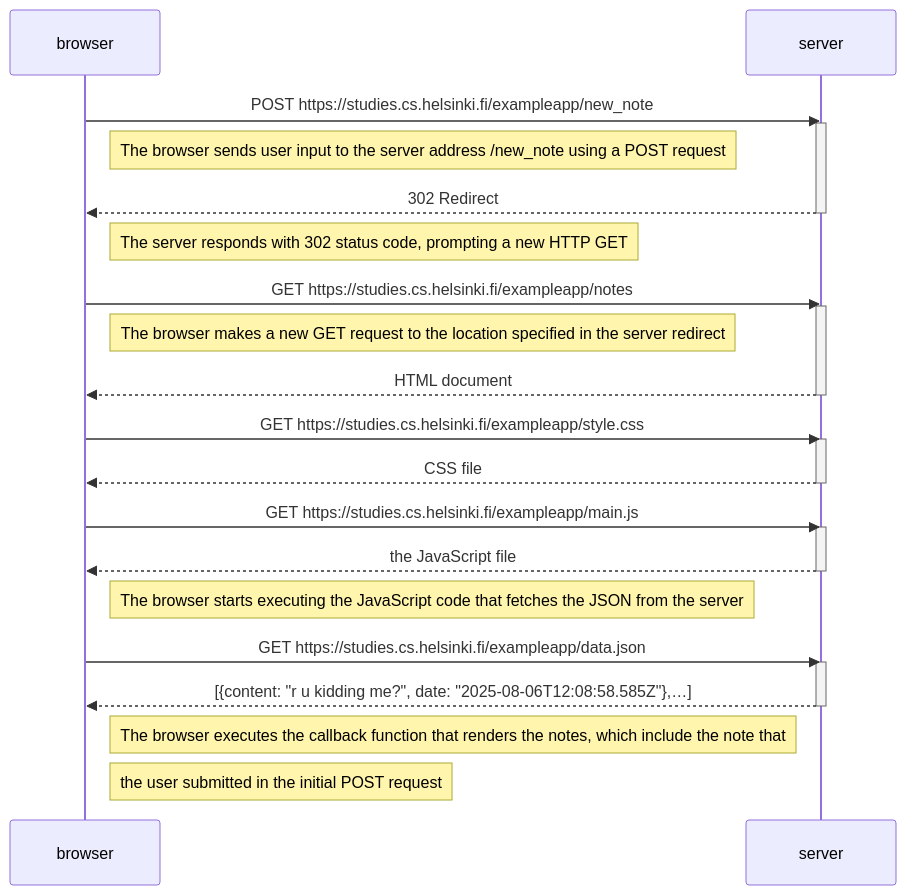
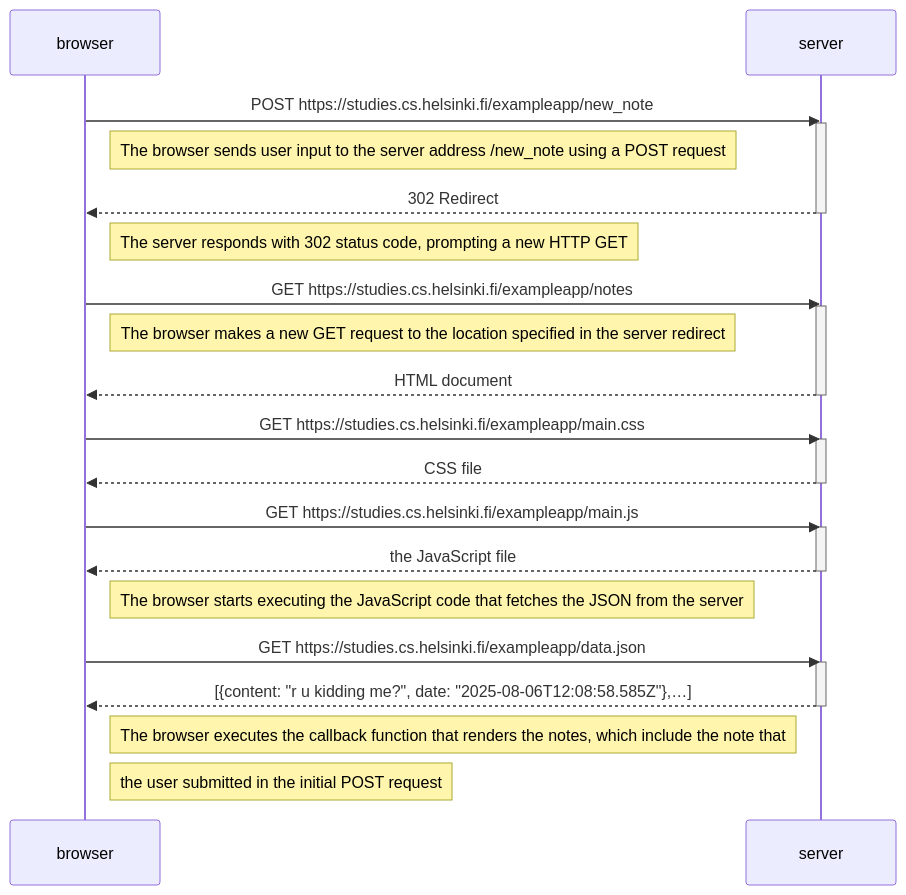
One commit to Dinokojt7/fullstackopen changed the diagram in part0/0.4:new-note-diagram/new-note-diagram.md. Above: the diagram before and after it, drawn with Mermaid.

Commit message:
Add missing CSS fetch and restructure the diagram

````diff
--- a/part0/0.4:new-note-diagram/new-note-diagram.md
+++ b/part0/0.4:new-note-diagram/new-note-diagram.md
@@ -1,43 +1,43 @@
 ```mermaid
   sequenceDiagram;
     participant browser
     participant server
 
     browser->>server: POST https://studies.cs.helsinki.fi/exampleapp/new_note
     activate server
 
     Note right of browser: The browser sends user input to the server address /new_note using a POST request
 
     server-->>browser: 302 Redirect
     deactivate server
 
     Note right of browser: The server responds with 302 status code, prompting a new HTTP GET
 
     browser->>server: GET https://studies.cs.helsinki.fi/exampleapp/notes
      activate server
 
     Note right of browser: The browser makes a new GET request to the location specified in the server redirect
 
     server-->>browser: HTML document
     deactivate server
 
-    browser->>server: GET https://studies.cs.helsinki.fi/exampleapp/style.css
+    browser->>server: GET https://studies.cs.helsinki.fi/exampleapp/main.css
     activate server
     server-->>browser: CSS file
     deactivate server
 
     browser->>server: GET https://studies.cs.helsinki.fi/exampleapp/main.js
     activate server
     server-->>browser: the JavaScript file
     deactivate server
 
     Note right of browser: The browser starts executing the JavaScript code that fetches the JSON from the server
 
     browser->>server: GET https://studies.cs.helsinki.fi/exampleapp/data.json
     activate server
     server-->>browser: [{content: "r u kidding me?", date: "2025-08-06T12:08:58.585Z"},…]
     deactivate server
 
     Note right of browser: The browser executes the callback function that renders the notes, which include the note that
     Note right of browser: the user submitted in the initial POST request
 ```
````
